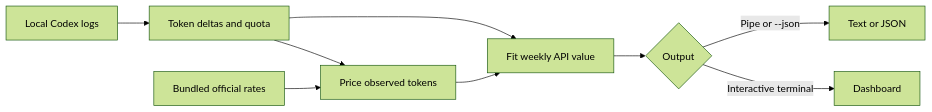
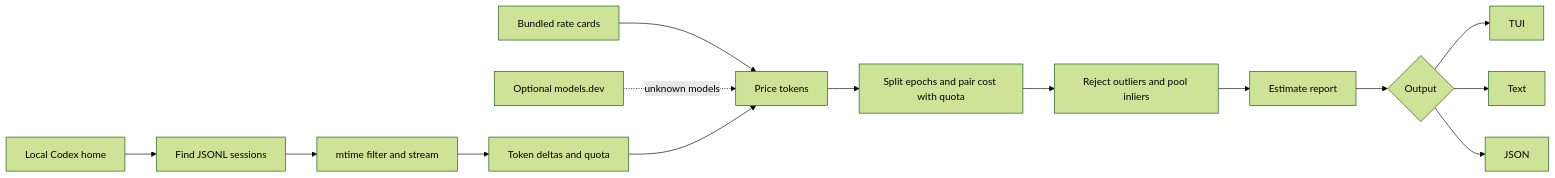
The first of 2 diagrams in README.md (aneeshpatne/weeklygrant), drawn with Mermaid (forest theme) before and after one commit. The commit also changed other lines of this file, not shown here.

````diff
--- a/README.md
+++ b/README.md
@@ -127,11 +66,16 @@
-```mermaid
+~~~mermaid
 flowchart LR
-  Home[Local Codex logs] --> Parse[Token deltas and quota]
-  Parse --> Price[Price observed tokens]
-  Cards[Bundled official rates] --> Price
-  Price --> Fit[Fit weekly API value]
-  Parse --> Fit
-  Fit --> Output{Output}
-  Output -->|Interactive terminal| TUI[Dashboard]
-  Output -->|Pipe or --json| Report[Text or JSON]
-```
+  A[Local Codex home] --> B[Find JSONL sessions]
+  B --> C[mtime filter and stream]
+  C --> D[Token deltas and quota]
+  R[Bundled rate cards] --> E[Price tokens]
+  O[Optional models.dev] -. unknown models .-> E
+  D --> E
+  E --> F[Split epochs and pair cost with quota]
+  F --> G[Reject outliers and pool inliers]
+  G --> H[Estimate report]
+  H --> I{Output}
+  I --> J[TUI]
+  I --> K[Text]
+  I --> L[JSON]
+~~~
````
